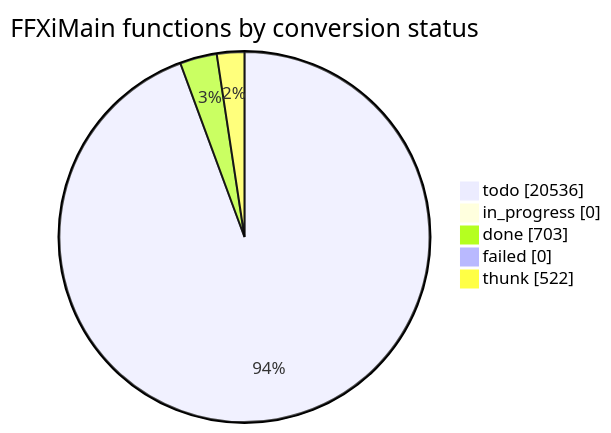
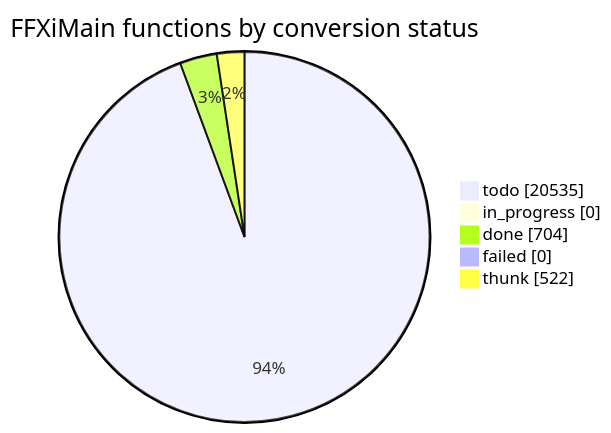
The diagram in docs/cow/STATUS.md (cowrevenge/cow_kuluu_xi_anything), drawn with Mermaid before and after one commit. The commit also changed other lines of this file and 9 other files, not shown here.

````diff
--- a/docs/cow/STATUS.md
+++ b/docs/cow/STATUS.md
@@ -18,9 +18,9 @@
 ```mermaid
 pie showData
     title FFXiMain functions by conversion status
-    "todo" : 20536
+    "todo" : 20535
     "in_progress" : 0
-    "done" : 703
+    "done" : 704
     "failed" : 0
     "thunk" : 522
 ```
````
